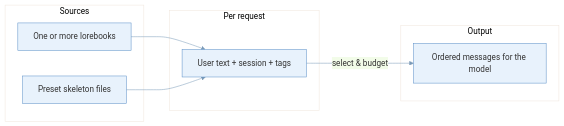
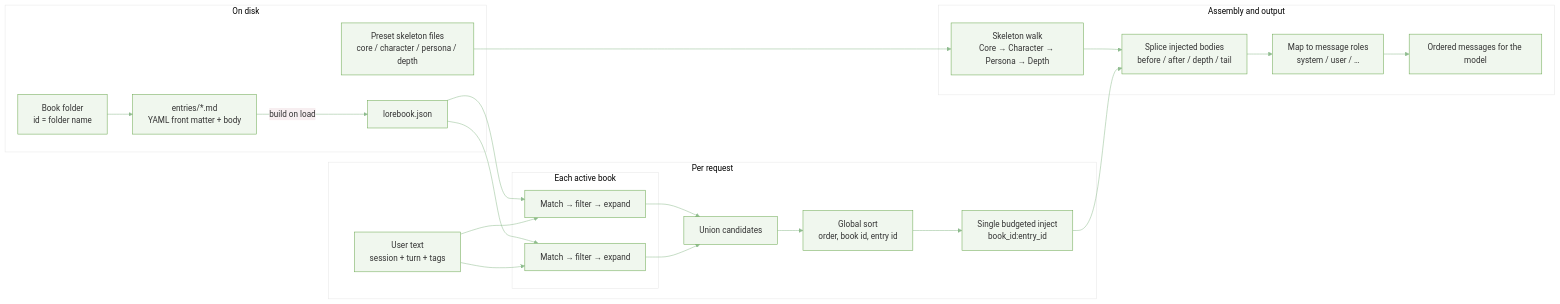
The diagram in doc/prompt_manager.md (zeroDtree/agent), drawn with Mermaid before and after one commit. The commit also changed other lines of this file and 149 other files, not shown here.

````diff
--- a/doc/prompt_manager.md
+++ b/doc/prompt_manager.md
@@ -28,17 +15,41 @@
 ```mermaid
-%%{init: {'theme': 'base', 'themeVariables': {'primaryColor': '#e8f2fc', 'primaryBorderColor': '#5b8fc7', 'lineColor': '#7a9ab8'}}}%%
+%%{init: {'theme': 'base', 'themeVariables': {'primaryColor': '#f0f7ee', 'primaryBorderColor': '#6aa84f', 'lineColor': '#8fbc8f'}}}%%
 flowchart LR
-  subgraph sources["Sources"]
-    LB["One or more lorebooks"]
-    SK["Preset skeleton files"]
+  subgraph disk["On disk"]
+    BookDir["Book folder\nid = folder name"]
+    Entries["entries/*.md\nYAML front matter + body"]
+    BookJson["lorebook.json"]
+    PresetFiles["Preset skeleton files\ncore / character / persona / depth"]
+    BookDir --> Entries
+    Entries -->|"build on load"| BookJson
   end
-  subgraph request["Per request"]
-    C["User text + session + tags"]
+
+  subgraph runtime["Per request"]
+    Ctx["User text\nsession + turn + tags"]
+    subgraph books["Each active book"]
+      PipeA["Match → filter → expand"]
+      PipeB["Match → filter → expand"]
+    end
+    Union["Union candidates"]
+    GSort["Global sort\norder, book id, entry id"]
+    Budget["Single budgeted inject\nbook_id:entry_id"]
+    BookJson --> PipeA
+    BookJson --> PipeB
+    Ctx --> PipeA
+    Ctx --> PipeB
+    PipeA --> Union
+    PipeB --> Union
+    Union --> GSort --> Budget
   end
-  subgraph out["Output"]
-    MSG["Ordered messages for the model"]
+
+  subgraph out["Assembly and output"]
+    SkWalk["Skeleton walk\nCore → Character → Persona → Depth"]
+    Splice["Splice injected bodies\nbefore / after / depth / tail"]
+    Roles["Map to message roles\nsystem / user / …"]
+    Msg["Ordered messages for the model"]
+    PresetFiles --> SkWalk
+    SkWalk --> Splice
+    Budget --> Splice
+    Splice --> Roles --> Msg
   end
-  LB --> C
-  SK --> C
-  C -->|"select & budget"| MSG
 ```
````
